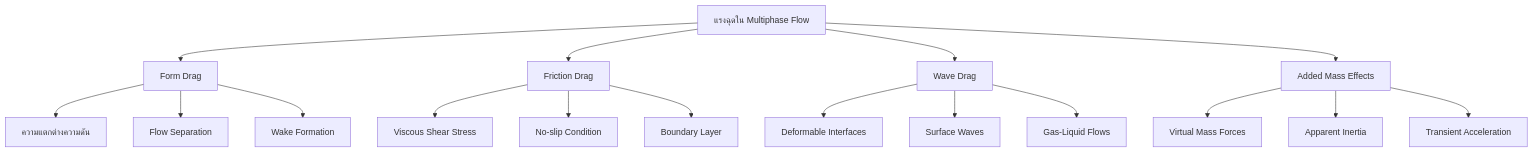
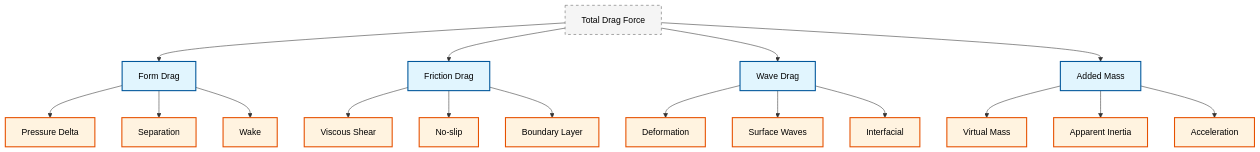
One commit to wramet/build-my-cfd changed the first of 3 diagrams in MODULE_04_MULTIPHASE_FUNDAMENTALS/CONTENT/04_DRAG_FORCES/01_Fundamental_Drag_Concept.md. Above: the diagram before and after it, drawn with Mermaid. The commit also changed other lines of this file and 313 other files, not shown here.

Commit message:
Revise all diagram

````diff
--- a/MODULE_04_MULTIPHASE_FUNDAMENTALS/CONTENT/04_DRAG_FORCES/01_Fundamental_Drag_Concept.md
+++ b/MODULE_04_MULTIPHASE_FUNDAMENTALS/CONTENT/04_DRAG_FORCES/01_Fundamental_Drag_Concept.md
@@ -80,23 +80,26 @@
 ```mermaid
 flowchart TD
-    A[แรงฉุดใน Multiphase Flow] --> B[Form Drag]
-    A --> C[Friction Drag]
-    A --> D[Wave Drag]
-    A --> E[Added Mass Effects]
+classDef implicit fill:#e1f5fe,stroke:#01579b,stroke-width:2px,color:#000
+classDef explicit fill:#fff3e0,stroke:#e65100,stroke-width:2px,color:#000
+classDef context fill:#f5f5f5,stroke:#616161,stroke-width:1px,color:#000,stroke-dasharray: 5 5
+A[Total Drag Force]:::context --> B[Form Drag]:::implicit
+A --> C[Friction Drag]:::implicit
+A --> D[Wave Drag]:::implicit
+A --> E[Added Mass]:::implicit
 
-    B --> B1[ความแตกต่างความดัน]
-    B --> B2[Flow Separation]
-    B --> B3[Wake Formation]
+B --> B1[Pressure Delta]:::explicit
+B --> B2[Separation]:::explicit
+B --> B3[Wake]:::explicit
 
-    C --> C1[Viscous Shear Stress]
-    C --> C2[No-slip Condition]
-    C --> C3[Boundary Layer]
+C --> C1[Viscous Shear]:::explicit
+C --> C2[No-slip]:::explicit
+C --> C3[Boundary Layer]:::explicit
 
-    D --> D1[Deformable Interfaces]
-    D --> D2[Surface Waves]
-    D --> D3[Gas-Liquid Flows]
+D --> D1[Deformation]:::explicit
+D --> D2[Surface Waves]:::explicit
+D --> D3[Interfacial]:::explicit
 
-    E --> E1[Virtual Mass Forces]
-    E --> E2[Apparent Inertia]
-    E --> E3[Transient Acceleration]
+E --> E1[Virtual Mass]:::explicit
+E --> E2[Apparent Inertia]:::explicit
+E --> E3[Acceleration]:::explicit
 ```
````
